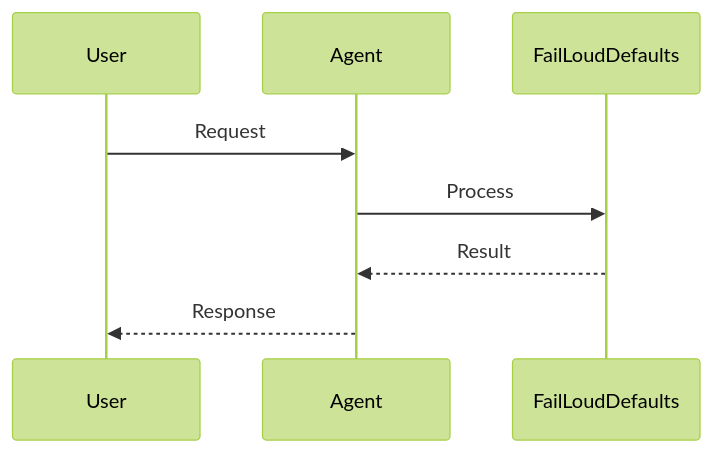
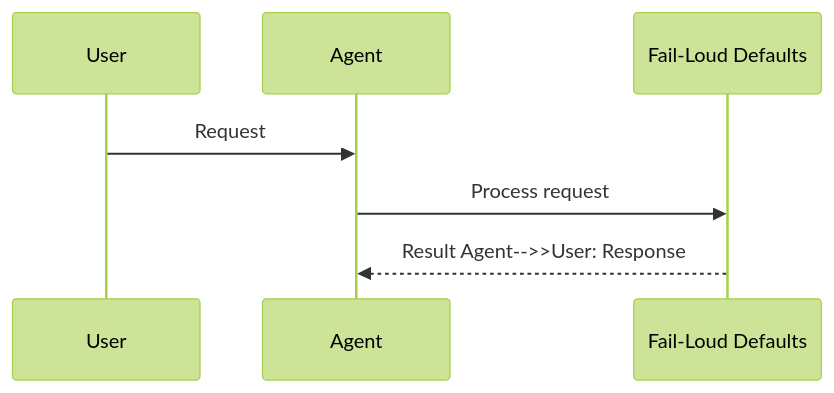
The second of 2 diagrams in docs/features/fail-loud-defaults.mdx (MervinPraison/PraisonAIDocs), drawn with Mermaid (forest theme) before and after one commit. The commit also changed 204 other files, not shown here.

First line of the commit message:
docs: align feature/tool pages with AGENTS.md hero + sequence + import standards (fixes #1775)

````diff
--- a/docs/features/fail-loud-defaults.mdx
+++ b/docs/features/fail-loud-defaults.mdx
@@ -44,11 +44,10 @@
 ```mermaid
 sequenceDiagram
     participant User
     participant Agent
-    participant FailLoudDefaults
+    participant Feature as Fail-Loud Defaults
 
     User->>Agent: Request
-    Agent->>FailLoudDefaults: Process
-    FailLoudDefaults-->>Agent: Result
-    Agent-->>User: Response
+    Agent->>Feature: Process request
+    Feature-->>Agent: Result    Agent-->>User: Response
 ```
````
